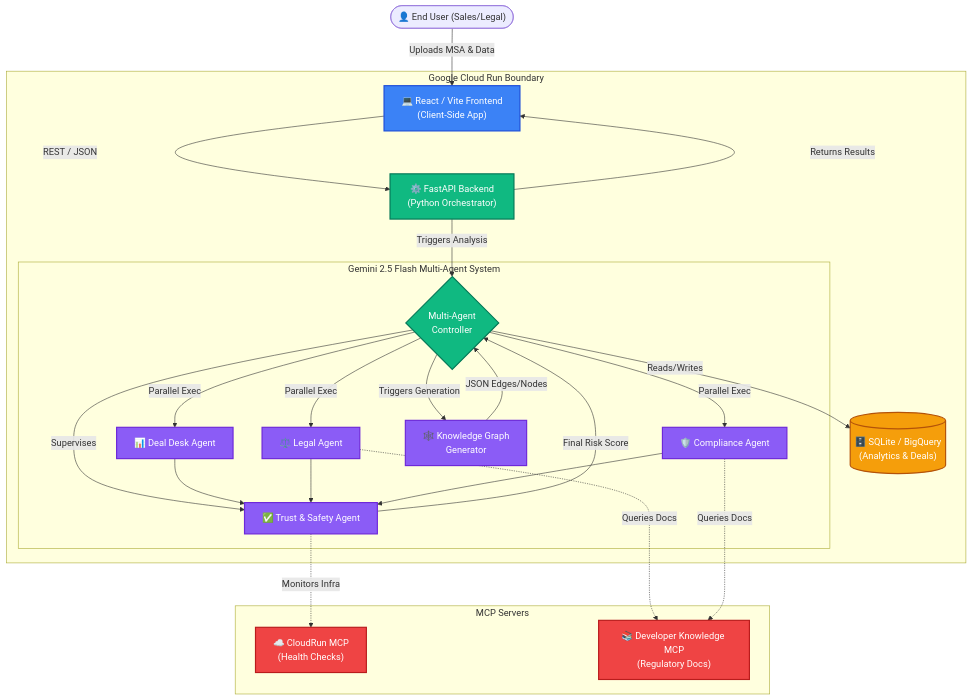
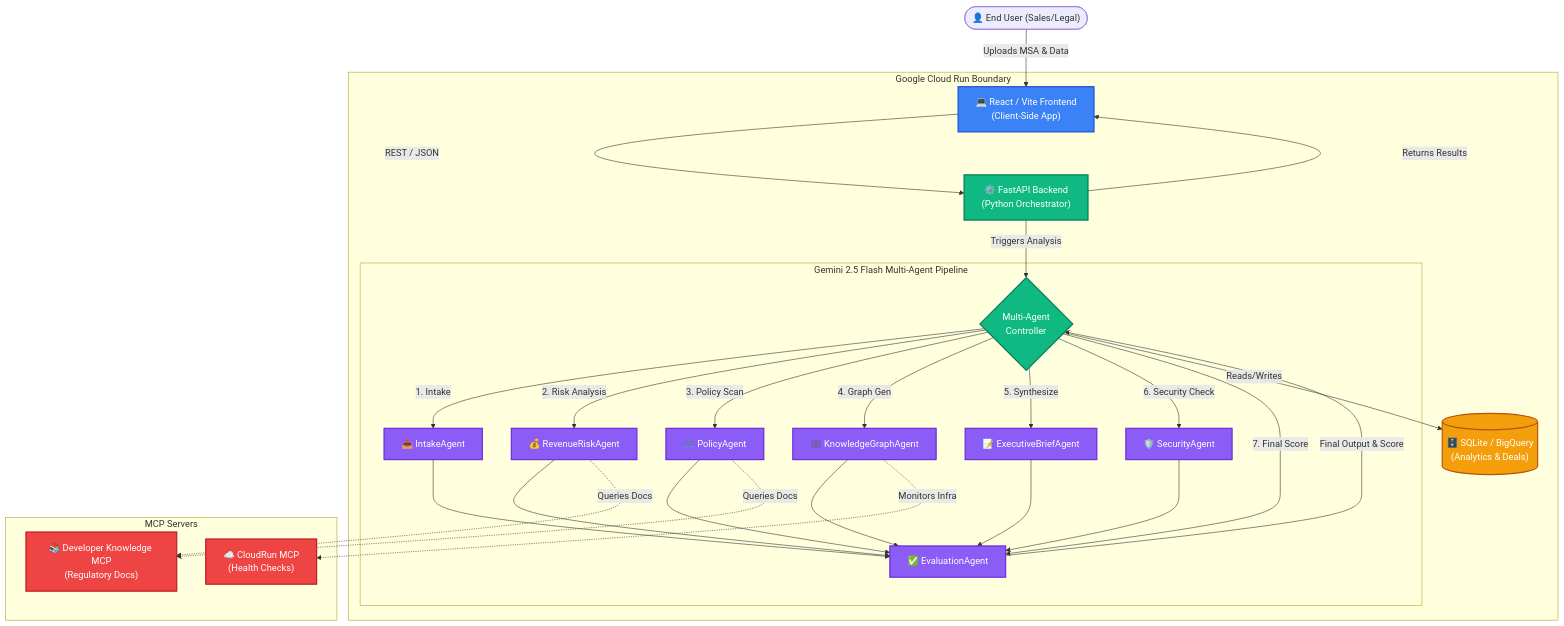
One commit to harleenkr/dealgraph-ai changed the second of 2 diagrams in README.md. Above: the diagram before and after it, drawn with Mermaid. The commit also changed other lines of this file, not shown here.

Commit message:
Update architecture diagram and text to exactly match the 7 agents in the UI timeline

````diff
--- a/README.md
+++ b/README.md
@@ -150,55 +153,57 @@
 ```mermaid
 graph TD
     %% Define Styles
     classDef frontend fill:#3b82f6,stroke:#1d4ed8,stroke-width:2px,color:#fff;
     classDef backend fill:#10b981,stroke:#047857,stroke-width:2px,color:#fff;
     classDef agent fill:#8b5cf6,stroke:#6d28d9,stroke-width:2px,color:#fff;
     classDef database fill:#f59e0b,stroke:#b45309,stroke-width:2px,color:#fff;
     classDef external fill:#ef4444,stroke:#b91c1c,stroke-width:2px,color:#fff;
 
     %% Nodes
     User(["👤 End User (Sales/Legal)"])
     
     subgraph "Google Cloud Run Boundary"
         UI["💻 React / Vite Frontend<br>(Client-Side App)"]:::frontend
         API["⚙️ FastAPI Backend<br>(Python Orchestrator)"]:::backend
         
-        subgraph "Gemini 2.5 Flash Multi-Agent System"
+        subgraph "Gemini 2.5 Flash Multi-Agent Pipeline"
             Orchestrator{"Multi-Agent<br>Controller"}:::backend
-            A1["📊 Deal Desk Agent"]:::agent
-            A2["⚖️ Legal Agent"]:::agent
-            A3["🛡️ Compliance Agent"]:::agent
-            A4["✅ Trust & Safety Agent"]:::agent
-            KG["🕸️ Knowledge Graph<br>Generator"]:::agent
+            A1["📥 IntakeAgent"]:::agent
+            A2["💰 RevenueRiskAgent"]:::agent
+            A3["⚖️ PolicyAgent"]:::agent
+            A4["🕸️ KnowledgeGraphAgent"]:::agent
+            A5["📝 ExecutiveBriefAgent"]:::agent
+            A6["🛡️ SecurityAgent"]:::agent
+            A7["✅ EvaluationAgent"]:::agent
         end
         
         DB[("🗄️ SQLite / BigQuery<br>(Analytics & Deals)")]:::database
     end
     
     subgraph "MCP Servers"
         MCP1["☁️ CloudRun MCP<br>(Health Checks)"]:::external
         MCP2["📚 Developer Knowledge MCP<br>(Regulatory Docs)"]:::external
     end
     
     %% Relationships
     User -- "Uploads MSA & Data" --> UI
     UI -- "REST / JSON" --> API
     API -- "Triggers Analysis" --> Orchestrator
     
-    Orchestrator -- "Parallel Exec" --> A1
-    Orchestrator -- "Parallel Exec" --> A2
-    Orchestrator -- "Parallel Exec" --> A3
-    Orchestrator -- "Supervises" --> A4
+    Orchestrator -- "1. Intake" --> A1
+    Orchestrator -- "2. Risk Analysis" --> A2
+    Orchestrator -- "3. Policy Scan" --> A3
+    Orchestrator -- "4. Graph Gen" --> A4
+    Orchestrator -- "5. Synthesize" --> A5
+    Orchestrator -- "6. Security Check" --> A6
+    Orchestrator -- "7. Final Score" --> A7
     
-    A1 & A2 & A3 --> A4
-    A4 -- "Final Risk Score" --> Orchestrator
-    
-    Orchestrator -- "Triggers Generation" --> KG
-    KG -- "JSON Edges/Nodes" --> Orchestrator
+    A1 & A2 & A3 & A4 & A5 & A6 --> A7
+    A7 -- "Final Output & Score" --> Orchestrator
     
     Orchestrator -- "Reads/Writes" --> DB
     API -- "Returns Results" --> UI
     
     A2 & A3 -. "Queries Docs" .-> MCP2
     A4 -. "Monitors Infra" .-> MCP1
 ```
````
